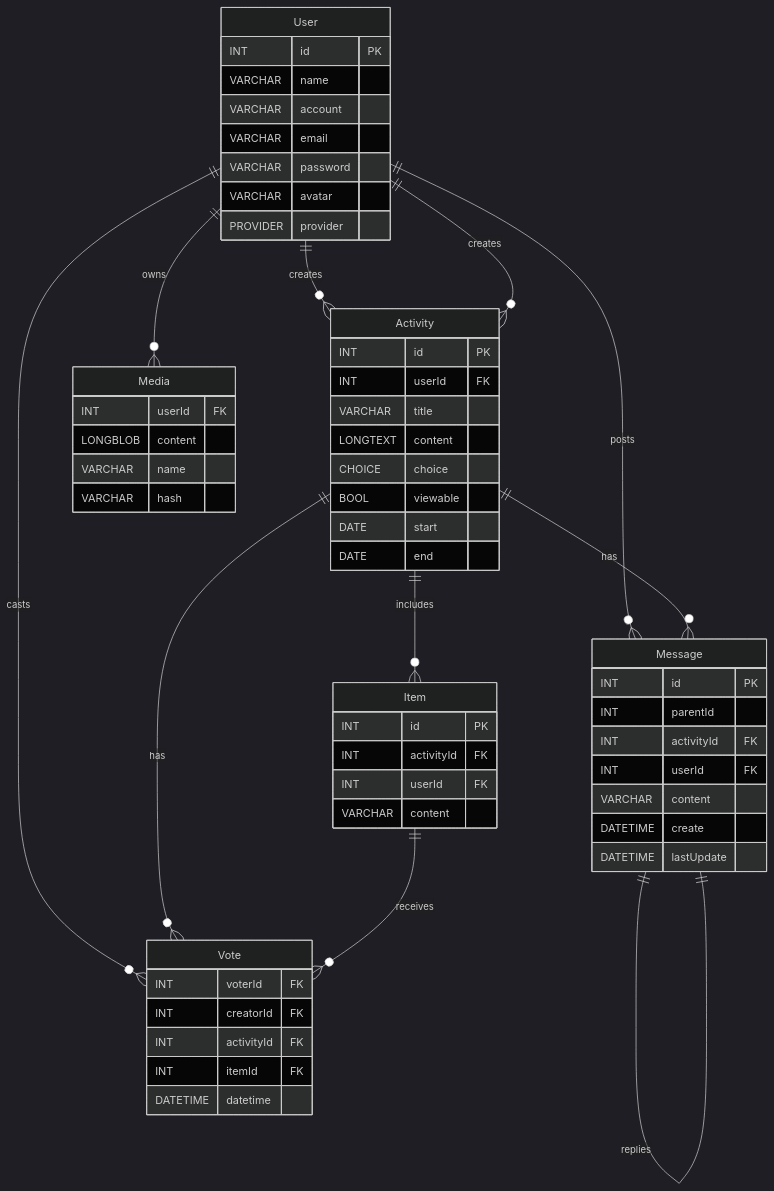
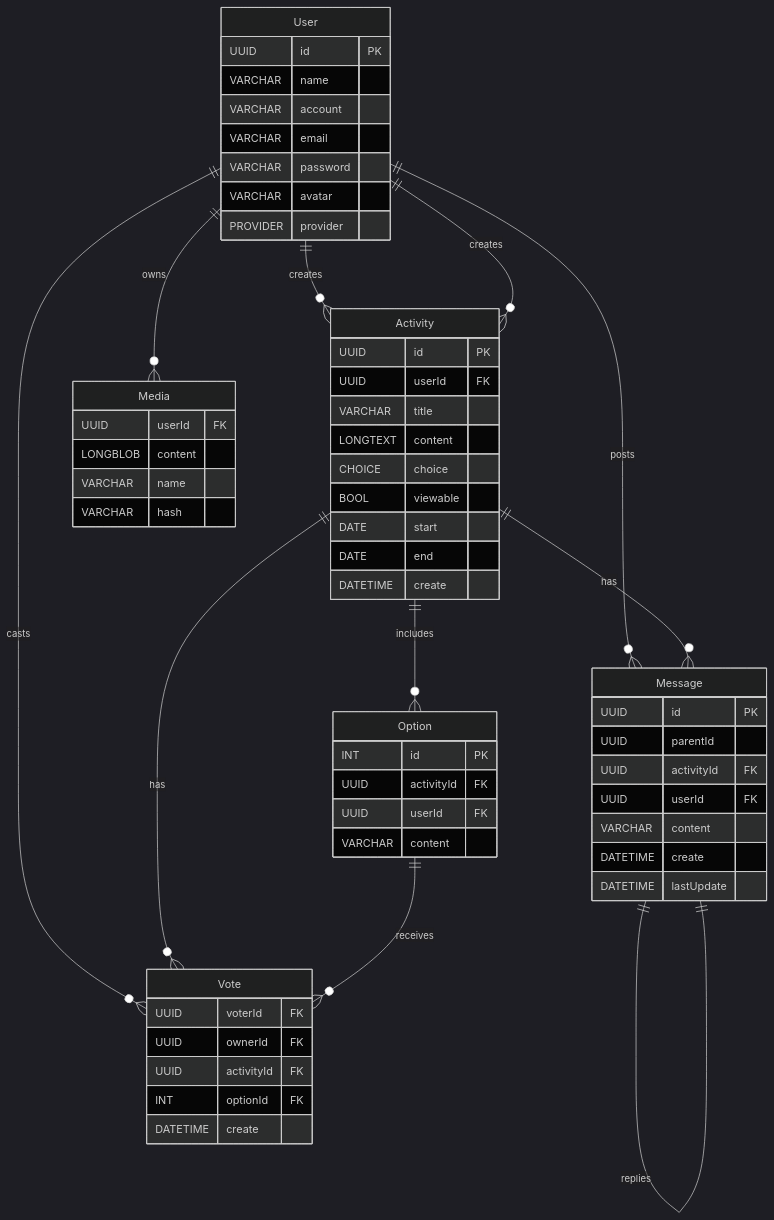
The diagram in diagram/ERDiagram.md (ian5030560/online-vote), drawn with Mermaid (dark theme) before and after one commit. The commit also changed 2 other files, not shown here.

Commit message:
update diagrams and api file

````diff
--- a/diagram/ERDiagram.md
+++ b/diagram/ERDiagram.md
@@ -1,70 +1,71 @@
 ```mermaid
 erDiagram
     User{
-        INT id PK
+        UUID id PK
         VARCHAR name
         VARCHAR account
         VARCHAR email
         VARCHAR password
         VARCHAR avatar
         PROVIDER provider
     }
 
     Activity {
-        INT id PK
-        INT userId FK
+        UUID id PK
+        UUID userId FK
         VARCHAR title
         LONGTEXT content
         CHOICE choice
         BOOL viewable
         DATE start
         DATE end
+        DATETIME create
     }
 
     Media{
-        INT userId FK
+        UUID userId FK
         LONGBLOB content
         VARCHAR name
         VARCHAR hash
     }
 
-    Item{
+    Option{
         INT id PK
-        INT activityId FK
-        INT userId FK
+        UUID activityId FK
+        UUID userId FK
         VARCHAR content
     }
 
     Vote{
-        INT voterId FK
-        INT creatorId FK
-        INT activityId FK
-        INT itemId FK
-        DATETIME datetime
+        UUID voterId FK
+        UUID ownerId FK
+        UUID activityId FK
+        INT optionId FK
+        DATETIME create
     }
 
     Message{
-        INT id PK
-        INT parentId
-        INT activityId FK
-        INT userId FK
+        UUID id PK
+        UUID parentId
+        UUID activityId FK
+        UUID userId FK
         VARCHAR content
         DATETIME create
         DATETIME lastUpdate
     }
 
 
     User ||--o{ Activity : creates
     User ||--o{ Media : owns
     User ||--o{ Activity : creates
     User ||--o{ Vote : casts
     User ||--o{ Message : posts
 
-    Activity ||--o{ Item : includes
+    Activity ||--o{ Option : includes
     Activity ||--o{ Vote : has
     Activity ||--o{ Message : has
 
-    Item ||--o{ Vote : receives
+    Option ||--o{ Vote : receives
 
     Message ||--|| Message : replies
 ```
````
